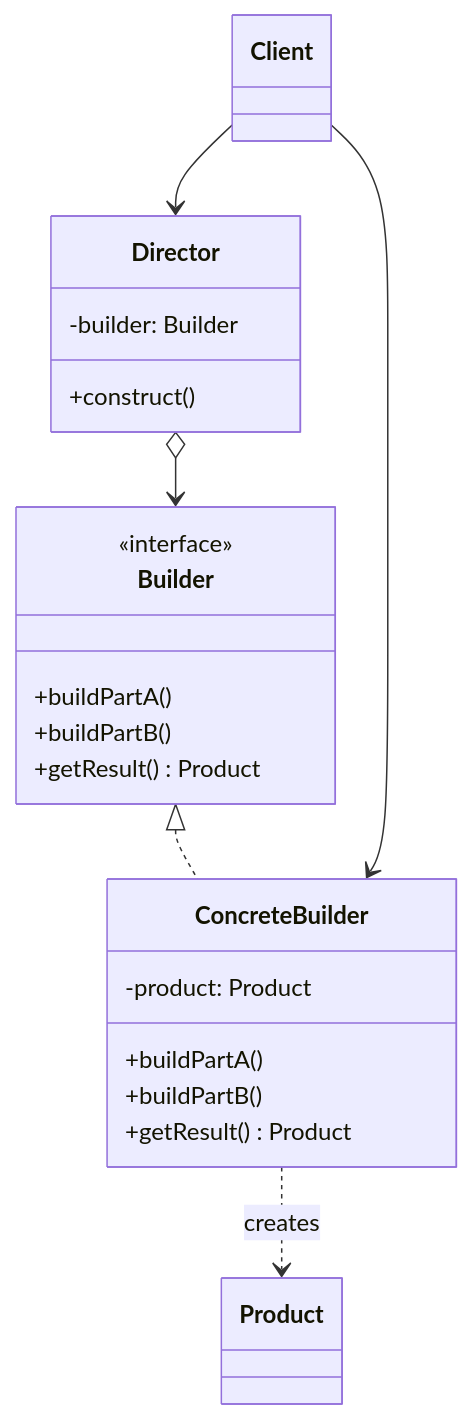
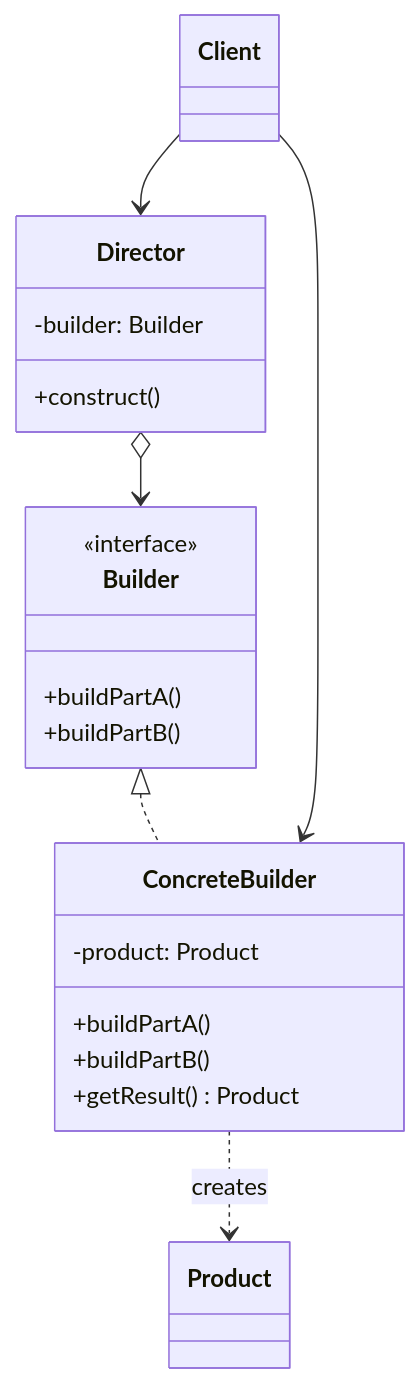
The first of 2 diagrams in i18n/en/docusaurus-plugin-content-docs/current/coding/gof/creational/builder.md (alancesar/design-patterns), drawn with Mermaid before and after one commit. The commit also changed other lines of this file and 1 other file, not shown here.

````diff
--- a/i18n/en/docusaurus-plugin-content-docs/current/coding/gof/creational/builder.md
+++ b/i18n/en/docusaurus-plugin-content-docs/current/coding/gof/creational/builder.md
@@ -63,26 +63,25 @@
 ```mermaid
 classDiagram
     class Director {
         -builder: Builder
         +construct()
     }
     class Builder {
         <<interface>>
         +buildPartA()
         +buildPartB()
-        +getResult() Product
     }
     class ConcreteBuilder {
         -product: Product
         +buildPartA()
         +buildPartB()
         +getResult() Product
     }
     class Product
     class Client
     Director o--> Builder
     Builder <|.. ConcreteBuilder
     ConcreteBuilder ..> Product : creates
     Client --> Director
     Client --> ConcreteBuilder
 ```
````
